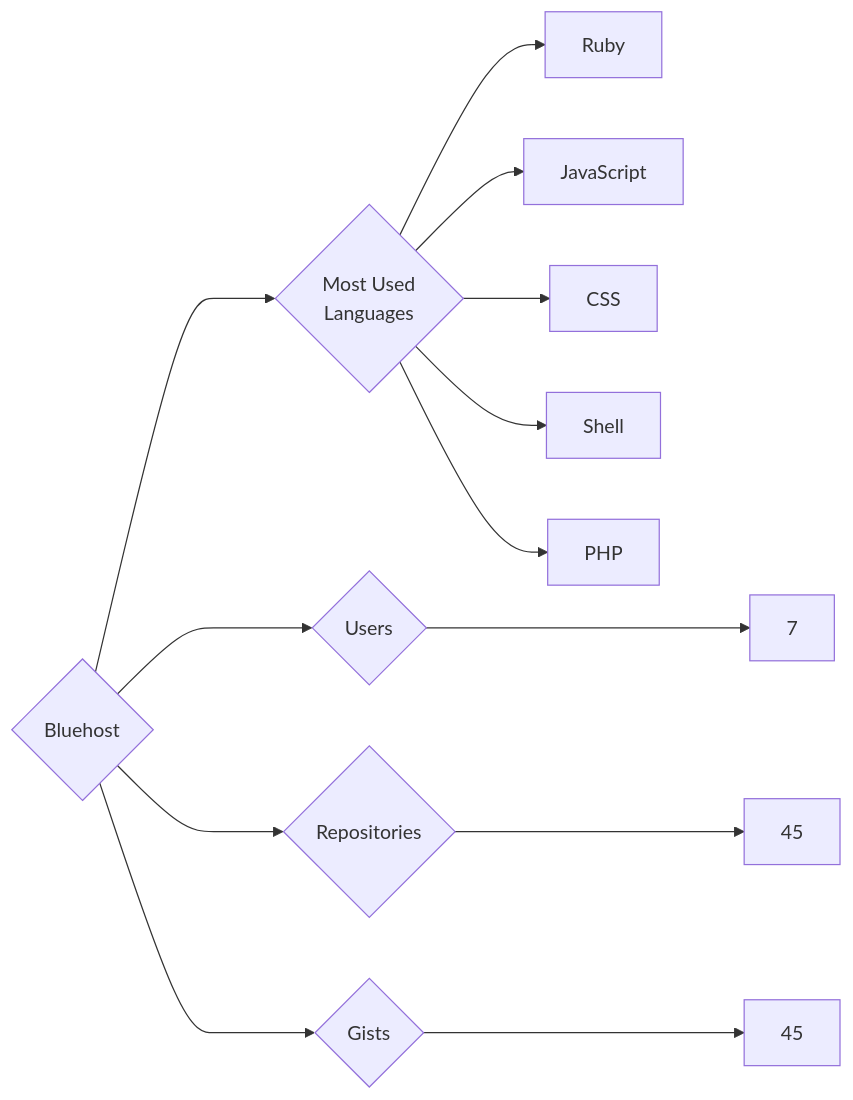
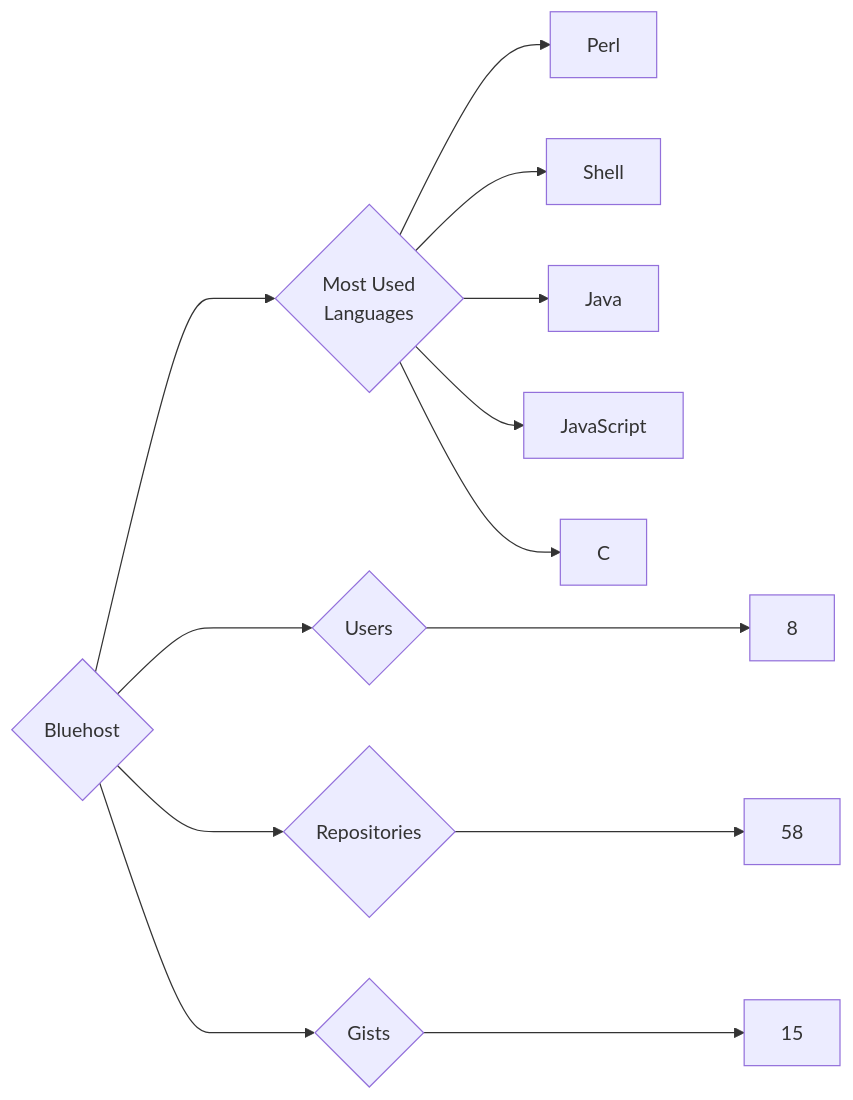
The diagram in targets/Bluehost/README.md (trickest/insiders), drawn with Mermaid before and after one commit. The commit also changed 1170 other files, not shown here.

````diff
--- a/targets/Bluehost/README.md
+++ b/targets/Bluehost/README.md
@@ -3,13 +3,13 @@
 ```mermaid
 graph LR
 COMPANY_NAME{Bluehost}
-COMPANY_NAME ---> U{Users} ---> UN[7]
-COMPANY_NAME ---> R{Repositories} ---> RN[45]
-COMPANY_NAME ---> G{Gists} ---> GN[45]
+COMPANY_NAME ---> U{Users} ---> UN[8]
+COMPANY_NAME ---> R{Repositories} ---> RN[58]
+COMPANY_NAME ---> G{Gists} ---> GN[15]
 COMPANY_NAME ---> ML{Most Used<br>Languages}
-ML --> Ruby[Ruby]
+ML --> Perl[Perl]
+ML --> Shell[Shell]
+ML --> Java[Java]
 ML --> JavaScript[JavaScript]
-ML --> CSS[CSS]
-ML --> Shell[Shell]
-ML --> PHP[PHP]
+ML --> C[C]
 ```
````
